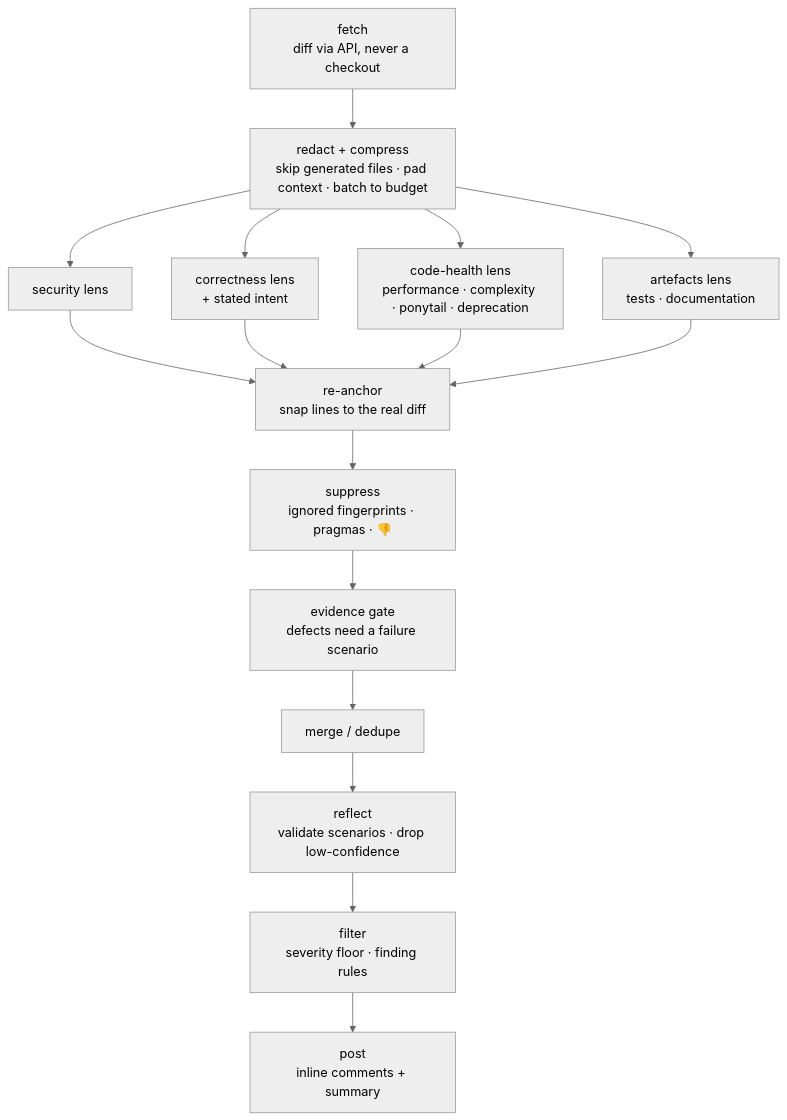
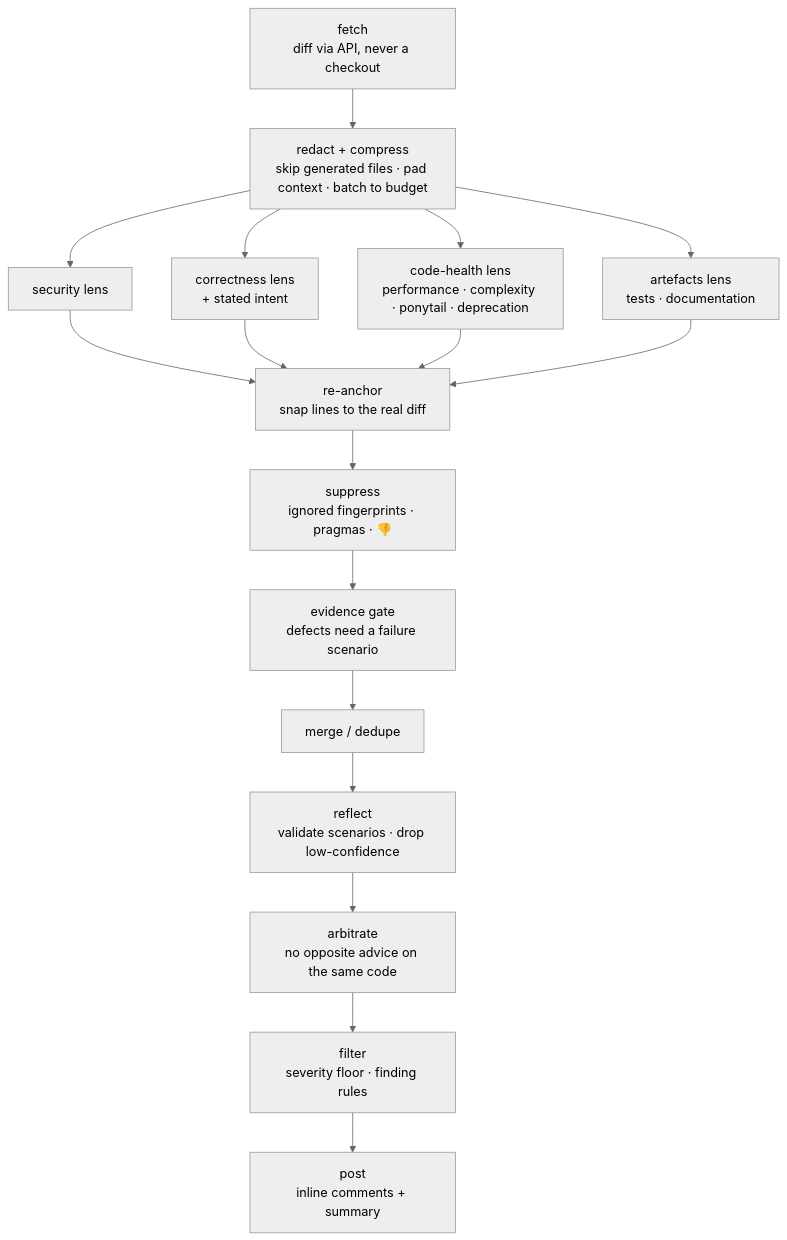
Before and after one commit to MattJColes/lgtmaybe: the second of 2 diagrams in docs/explanation/architecture.md, drawn with Mermaid (neutral theme). The commit also changed other lines of this file and 24 other files, not shown here.

````diff
--- a/docs/explanation/architecture.md
+++ b/docs/explanation/architecture.md
@@ -150,13 +150,13 @@
 ```mermaid
 flowchart TD
     fetch["fetch<br/>diff via API, never a checkout"] --> compress["redact + compress<br/>skip generated files · pad context · batch to budget"]
     compress --> security["security lens"]
     compress --> correctness["correctness lens<br/>+ stated intent"]
     compress --> codehealth["code-health lens<br/>performance · complexity · ponytail · deprecation"]
     compress --> artefacts["artefacts lens<br/>tests · documentation"]
     security --> anchor["re-anchor<br/>snap lines to the real diff"]
     correctness --> anchor
     codehealth --> anchor
     artefacts --> anchor
-    anchor --> suppress["suppress<br/>ignored fingerprints · pragmas · 👎"] --> evidence["evidence gate<br/>defects need a failure scenario"] --> dedupe["merge / dedupe"] --> reflect["reflect<br/>validate scenarios · drop low-confidence"] --> filter["filter<br/>severity floor · finding rules"] --> post["post<br/>inline comments + summary"]
+    anchor --> suppress["suppress<br/>ignored fingerprints · pragmas · 👎"] --> evidence["evidence gate<br/>defects need a failure scenario"] --> dedupe["merge / dedupe"] --> reflect["reflect<br/>validate scenarios · drop low-confidence"] --> arbitrate["arbitrate<br/>no opposite advice on the same code"] --> filter["filter<br/>severity floor · finding rules"] --> post["post<br/>inline comments + summary"]
 ```
````
